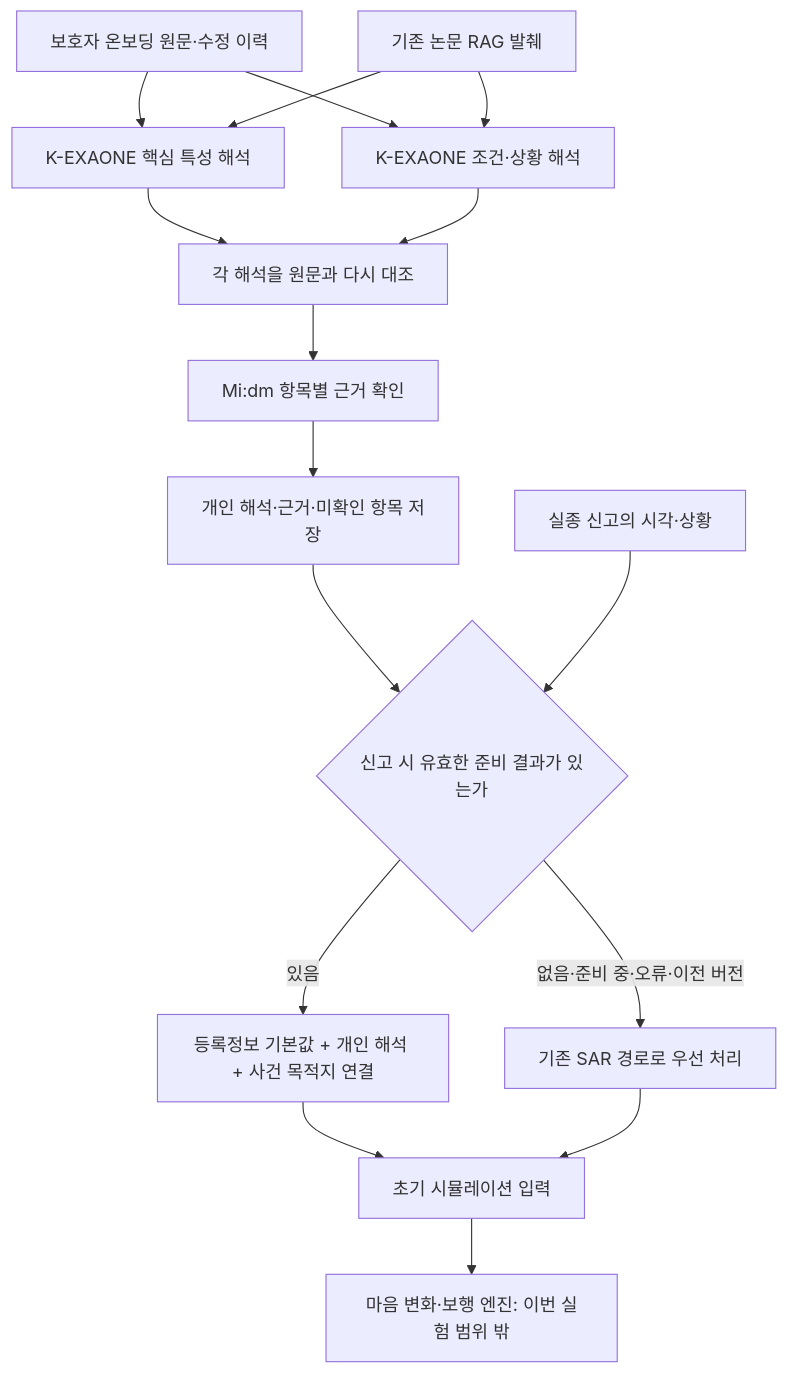
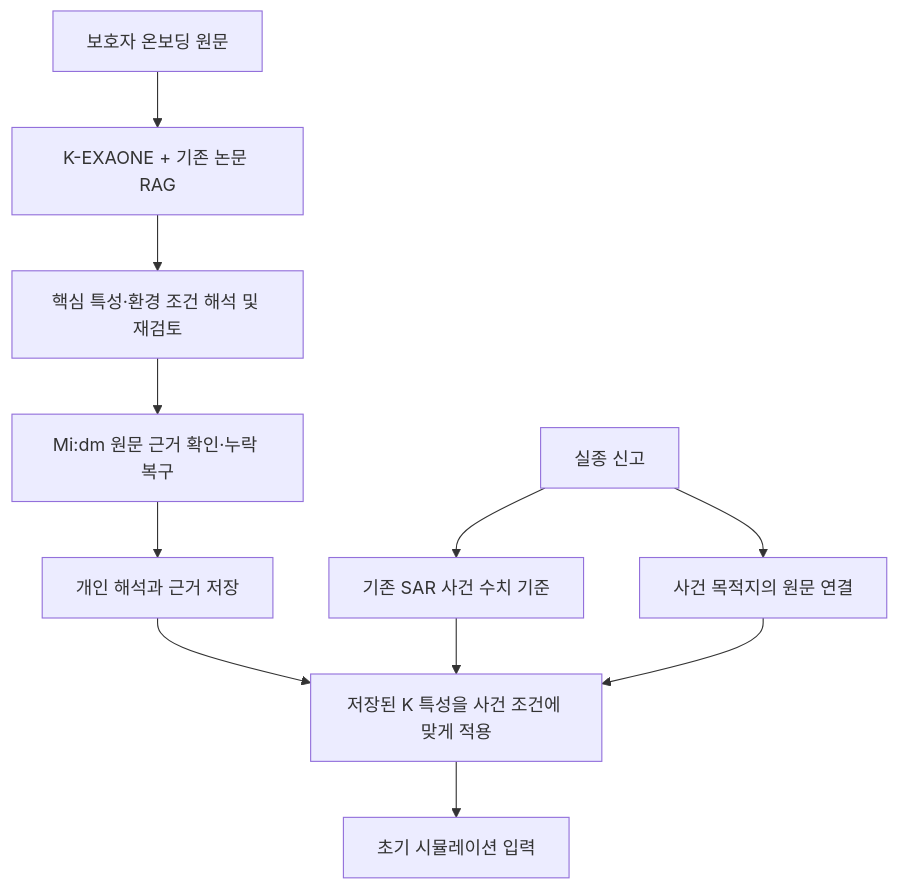
The diagram in docs/reviews/front-sar-ablation-20260927/README.md (Donghaeng-AI-ROOKIE/Come-back-home), drawn with Mermaid before and after one commit. The commit also changed other lines of this file and 13 other files, not shown here.

````diff
--- a/docs/reviews/front-sar-ablation-20260927/README.md
+++ b/docs/reviews/front-sar-ablation-20260927/README.md
@@ -77,18 +60,13 @@
 ```mermaid
 flowchart TD
-    A[보호자 온보딩 원문·수정 이력] --> B[K-EXAONE 핵심 특성 해석]
-    A --> C[K-EXAONE 조건·상황 해석]
-    R[기존 논문 RAG 발췌] --> B
-    R --> C
-    B --> D[각 해석을 원문과 다시 대조]
-    C --> D
-    D --> E[Mi:dm 항목별 근거 확인]
-    E --> F[개인 해석·근거·미확인 항목 저장]
-    F --> G{신고 시 유효한 준비 결과가 있는가}
-    H[실종 신고의 시각·상황] --> G
-    G -->|있음| I[등록정보 기본값 + 개인 해석 + 사건 목적지 연결]
-    G -->|없음·준비 중·오류·이전 버전| J[기존 SAR 경로로 우선 처리]
-    I --> K[초기 시뮬레이션 입력]
-    J --> K
-    K --> L[마음 변화·보행 엔진: 이번 실험 범위 밖]
+    A[보호자 온보딩 원문] --> B[K-EXAONE + 기존 논문 RAG]
+    B --> C[핵심 특성·환경 조건 해석 및 재검토]
+    C --> D[Mi:dm 원문 근거 확인·누락 복구]
+    D --> E[개인 해석과 근거 저장]
+    F[실종 신고] --> G[기존 SAR 사건 수치 기준]
+    F --> H[사건 목적지의 원문 연결]
+    E --> I[저장된 K 특성을 사건 조건에 맞게 적용]
+    G --> I
+    H --> I
+    I --> J[초기 시뮬레이션 입력]
 ```
````
